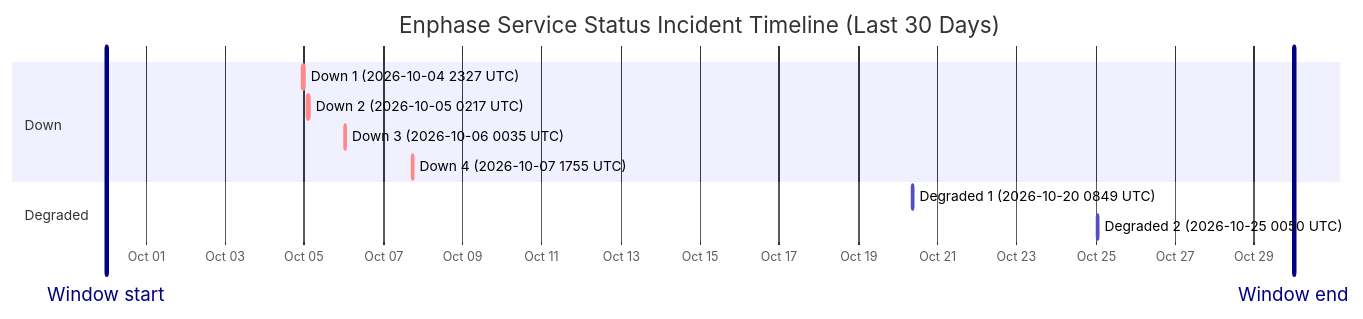
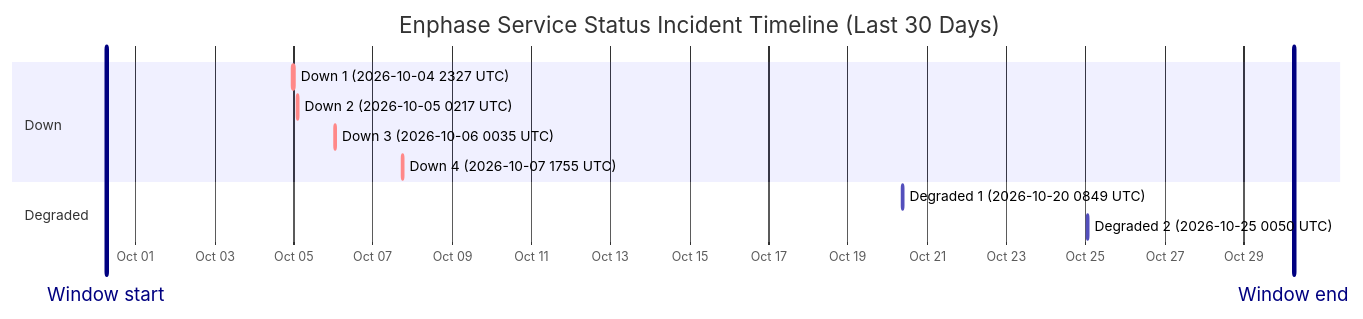
Before and after one commit to barneyonline/ha-enphase-energy: the diagram in wiki/Service-Status-History.md, drawn with Mermaid. The commit also changed other lines of this file and 3 other files, not shown here.

````diff
--- a/wiki/Service-Status-History.md
+++ b/wiki/Service-Status-History.md
@@ -14,16 +14,16 @@
 ```mermaid
 gantt
     title Enphase Service Status Incident Timeline (Last 30 Days)
     dateFormat  YYYY-MM-DDTHH:mm:ss
     axisFormat  %b %d
-    Window start :vert, window-start, 2026-09-30T00:06:32, 0ms
-    Window end :vert, window-end, 2026-10-30T00:06:32, 0ms
+    Window start :vert, window-start, 2026-09-30T06:12:06, 0ms
+    Window end :vert, window-end, 2026-10-30T06:12:06, 0ms
     section Down
     Down 1 (2026-10-04 2327 UTC) :crit, down-1, 2026-10-04T23:27:34, 60m
     Down 2 (2026-10-05 0217 UTC) :crit, down-2, 2026-10-05T02:17:30, 60m
     Down 3 (2026-10-06 0035 UTC) :crit, down-3, 2026-10-06T00:35:21, 60m
     Down 4 (2026-10-07 1755 UTC) :crit, down-4, 2026-10-07T17:55:16, 60m
     section Degraded
     Degraded 1 (2026-10-20 0849 UTC) :active, degraded-1, 2026-10-20T08:49:49, 60m
     Degraded 2 (2026-10-25 0050 UTC) :active, degraded-2, 2026-10-25T00:50:01, 60m
 ```
````
